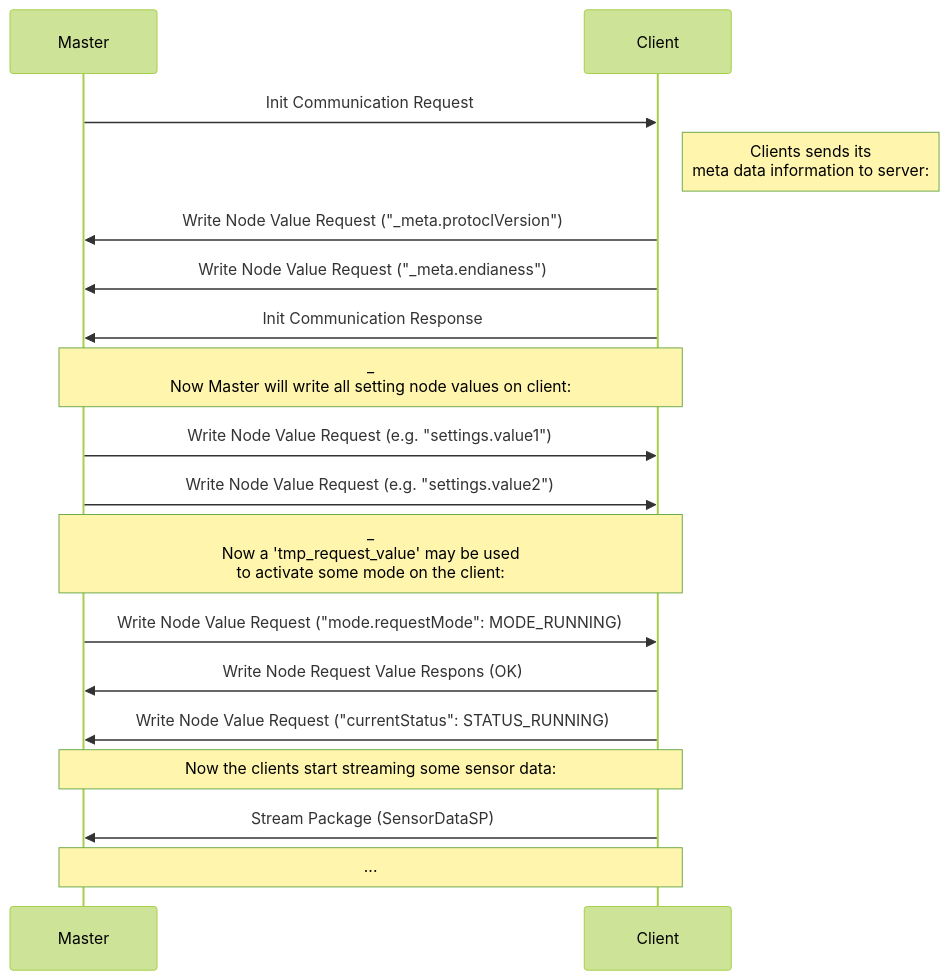
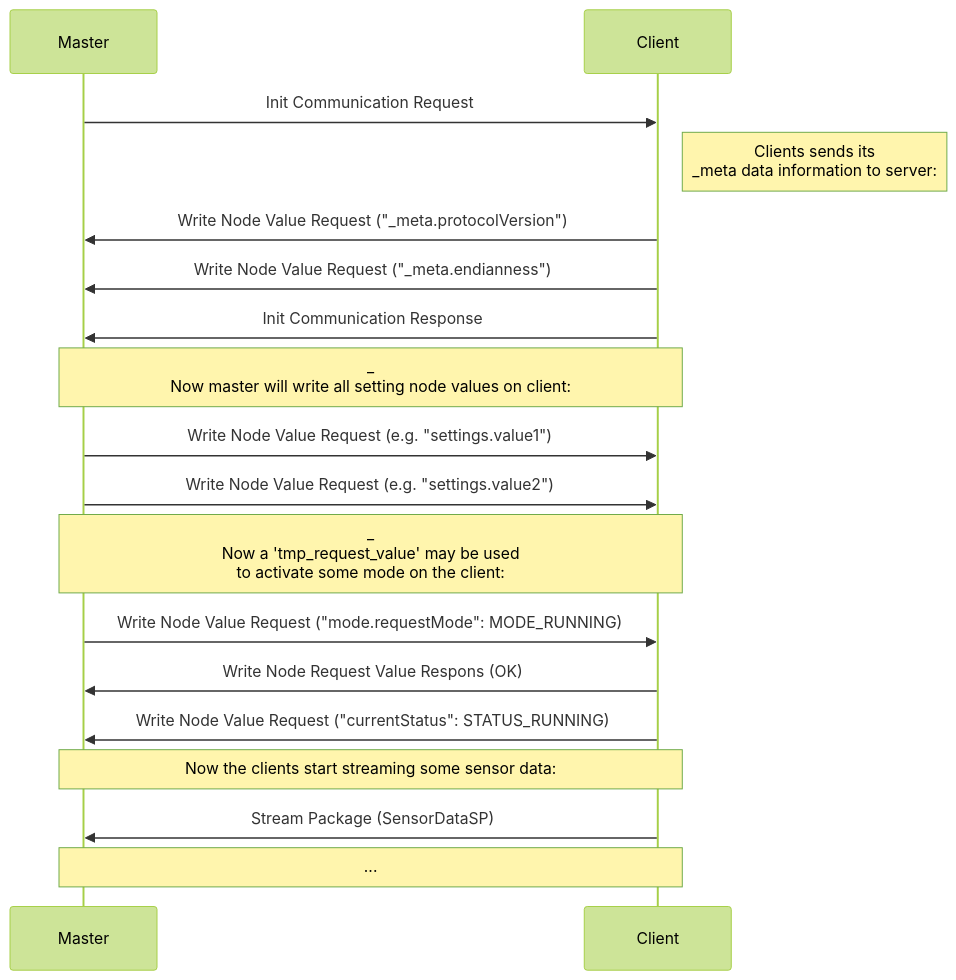
The diagram in doc/protocol_can_frames.md (JeyRunner/can-sot-protocol), drawn with Mermaid (forest theme) before and after one commit. The commit also changed other lines of this file and 1 other file, not shown here.

Commit message:
update protocol doc

````diff
--- a/doc/protocol_can_frames.md
+++ b/doc/protocol_can_frames.md
@@ -21,20 +23,20 @@
 ```mermaid
 sequenceDiagram
     Master->>Client: Init Communication Request
-    Note right of Client: Clients sends its <br/> meta data information to server:
-    Client->>Master: Write Node Value Request ("_meta.protoclVersion")
-    Client->>Master: Write Node Value Request ("_meta.endianess")
+    Note right of Client: Clients sends its <br/> _meta data information to server:
+    Client->>Master: Write Node Value Request ("_meta.protocolVersion")
+    Client->>Master: Write Node Value Request ("_meta.endianness")
     Client->>Master: Init Communication Response
 
-    Note over Master,Client: _<br/> Now Master will write all setting node values on client:
+    Note over Master,Client: _<br/> Now master will write all setting node values on client:
     Master->>Client: Write Node Value Request (e.g. "settings.value1")
     Master->>Client: Write Node Value Request (e.g. "settings.value2")
 
     Note over Master,Client: _<br/> Now a 'tmp_request_value' may be used <br/> to activate some mode on the client:
     Master->>Client: Write Node Value Request ("mode.requestMode": MODE_RUNNING)
     Client->>Master: Write Node Request Value Respons (OK)
     Client->>Master: Write Node Value Request ("currentStatus": STATUS_RUNNING)
     Note over Master,Client: Now the clients start streaming some sensor data:
     Client->>Master: Stream Package (SensorDataSP)
     Note over Master,Client: ...
 ```
````
